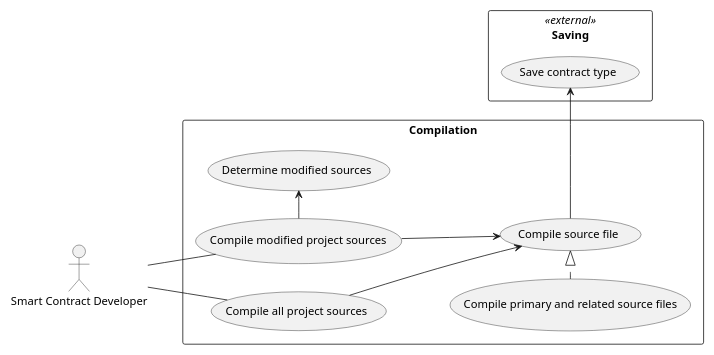
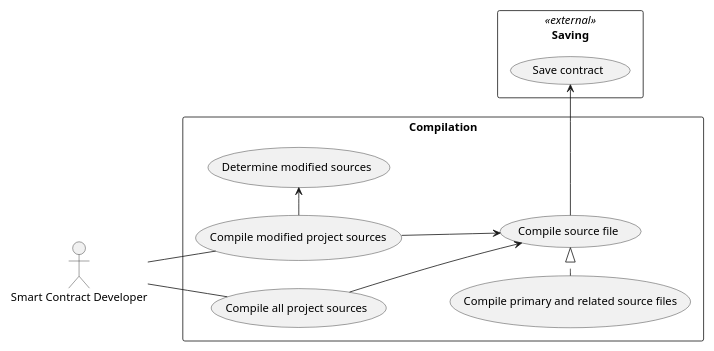
The second of 9 diagrams in docs/requirements/truffle.rst (trufflesuite/artifact-updates), drawn with PlantUML before and after one commit. The commit also changed other lines of this file and 4 other files, not shown here.

Commit message:
Update glossary to include additional parts of data model, and remove contract type since no longer relevant

```diff
--- a/docs/requirements/truffle.rst
+++ b/docs/requirements/truffle.rst
@@ -83,30 +83,30 @@
 .. uml::
 
   scale 0.80
   left to right direction
 
   :Smart Contract Developer: as :Developer:
 
   rectangle Saving << external >> {
-    (Save contract type) as (SaveType)
+    (Save contract) as (SaveContract)
   }
 
   rectangle Compilation {
     (Compile all project sources) as (CompileAll)
 
     (Determine modified sources) as (DetermineModified)
     (Compile modified project sources) as (CompileModified)
     CompileModified -> DetermineModified
 
     (Compile source file) as (Compile)
-    Compile -> SaveType
+    Compile -> SaveContract
 
     (Compile primary and related source files) as (CompileMultiple)
     CompileMultiple .|> Compile
 
     CompileAll --> Compile
     CompileModified --> Compile
   }
 
   Developer -- CompileAll
   Developer -- CompileModified
```
